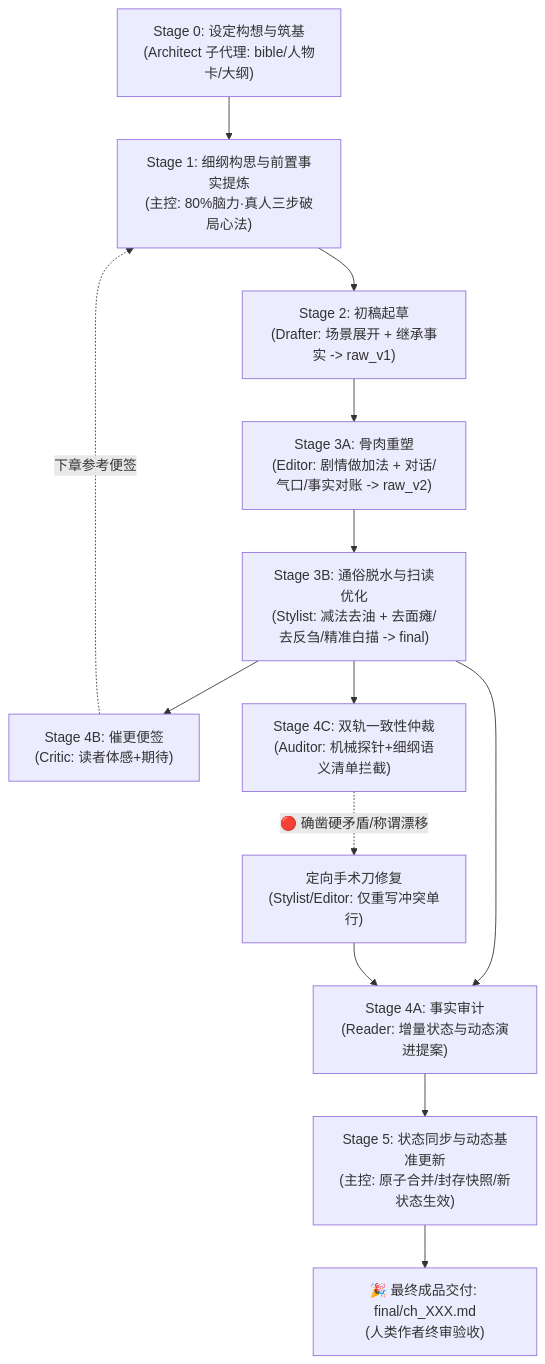
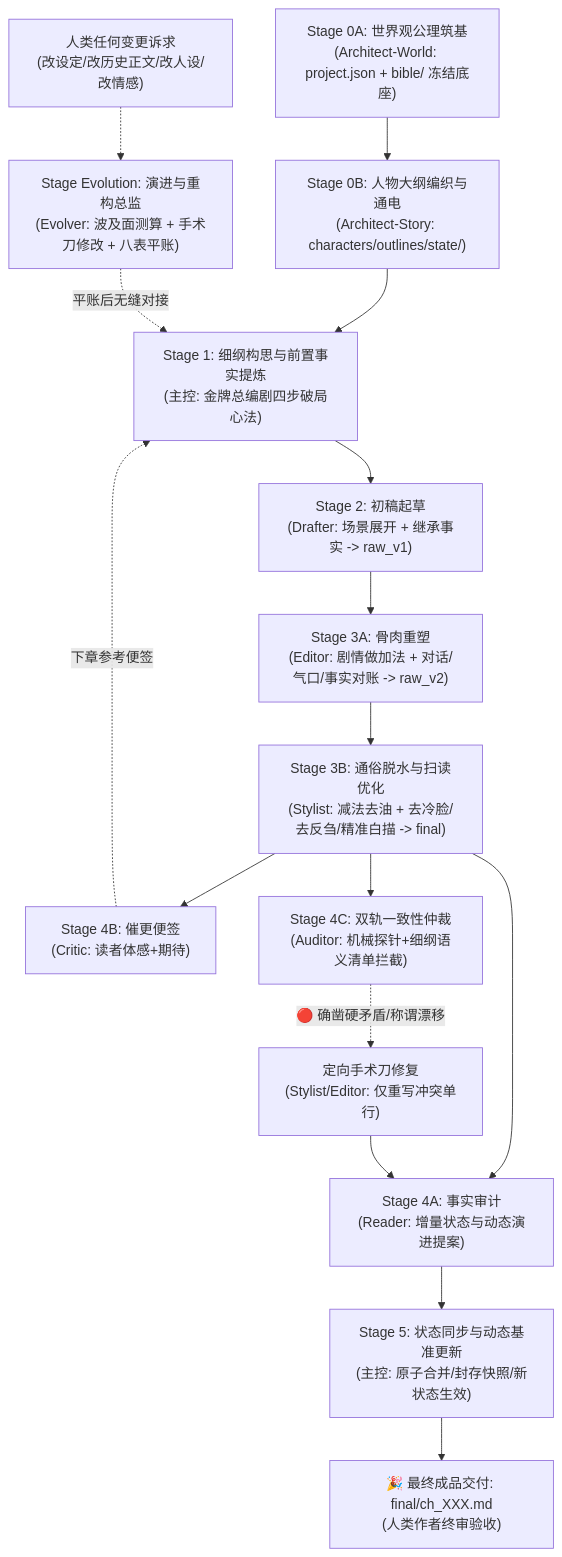
One commit to cg110902/NOVEL changed the diagram in AGENTS.md. Above: the diagram before and after it, drawn with Mermaid. The commit also changed other lines of this file and 52 other files, not shown here.

````diff
--- a/AGENTS.md
+++ b/AGENTS.md
@@ -42,15 +49,19 @@
 ```mermaid
 graph TD
-    S0["Stage 0: 设定构想与筑基<br/>(Architect 子代理: bible/人物卡/大纲)"] --> S1["Stage 1: 细纲构思与前置事实提炼<br/>(主控: 80%脑力·真人三步破局心法)"]
+    S0A["Stage 0A: 世界观公理筑基<br/>(Architect-World: project.json + bible/ 冻结底座)"] --> S0B["Stage 0B: 人物大纲编织与通电<br/>(Architect-Story: characters/outlines/state/)"]
+    S0B --> S1["Stage 1: 细纲构思与前置事实提炼<br/>(主控: 金牌总编剧四步破局心法)"]
     S1 --> S2["Stage 2: 初稿起草<br/>(Drafter: 场景展开 + 继承事实 -> raw_v1)"]
     S2 --> S3A["Stage 3A: 骨肉重塑<br/>(Editor: 剧情做加法 + 对话/气口/事实对账 -> raw_v2)"]
-    S3A --> S3B["Stage 3B: 通俗脱水与扫读优化<br/>(Stylist: 减法去油 + 去面瘫/去反刍/精准白描 -> final)"]
+    S3A --> S3B["Stage 3B: 通俗脱水与扫读优化<br/>(Stylist: 减法去油 + 去冷脸/去反刍/精准白描 -> final)"]
     S3B --> S4A["Stage 4A: 事实审计<br/>(Reader: 增量状态与动态演进提案)"]
     S3B --> S4B["Stage 4B: 催更便签<br/>(Critic: 读者体感+期待)"]
     S3B --> S4C["Stage 4C: 双轨一致性仲裁<br/>(Auditor: 机械探针+细纲语义清单拦截)"]
     S4C -. "🔴 确凿硬矛盾/称谓漂移" .-> S3Patch["定向手术刀修复<br/>(Stylist/Editor: 仅重写冲突单行)"]
     S3Patch --> S4A
     S4A --> S5["Stage 5: 状态同步与动态基准更新<br/>(主控: 原子合并/封存快照/新状态生效)"]
     S4B -. "下章参考便签" .-> S1
     S5 --> S6["🎉 最终成品交付: final/ch_XXX.md<br/>(人类作者终审验收)"]
+
+    UserChange["人类任何变更诉求<br/>(改设定/改历史正文/改人设/改情感)"] -.-> SEvolution["Stage Evolution: 演进与重构总监<br/>(Evolver: 波及面测算 + 手术刀修改 + 八表平账)"]
+    SEvolution -. "平账后无缝对接" .-> S1
 ```
````
